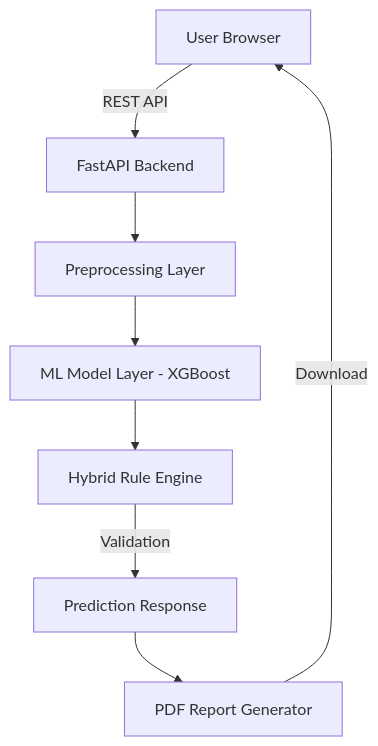
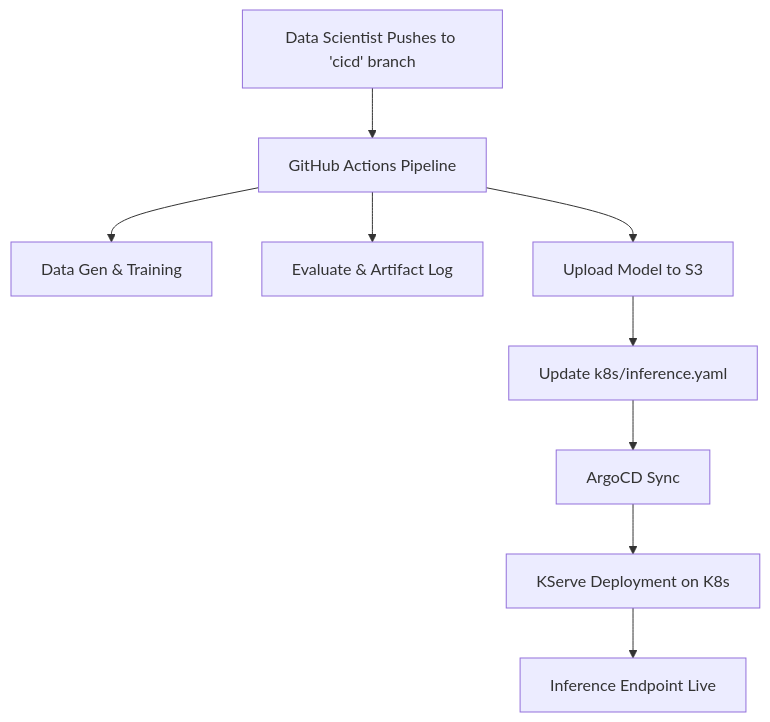
The diagram in README.md (bittush8789/credit-risk-ai-underwriting), drawn with Mermaid before and after one commit. The commit also changed other lines of this file and 9 other files, not shown here.

Commit message:
Initialize MLOps Infrastructure: KServe, ArgoCD, and GitHub Actions

````diff
--- a/README.md
+++ b/README.md
@@ -32,10 +8,11 @@
 ```mermaid
 graph TD
-    A[User Browser] -->|REST API| B[FastAPI Backend]
-    B --> C[Preprocessing Layer]
-    C --> D[ML Model Layer - XGBoost]
-    D --> E[Hybrid Rule Engine]
-    E -->|Validation| F[Prediction Response]
-    F --> G[PDF Report Generator]
-    G -->|Download| A
+    A[Data Scientist Pushes to 'cicd' branch] --> B[GitHub Actions Pipeline]
+    B --> C[Data Gen & Training]
+    B --> D[Evaluate & Artifact Log]
+    B --> E[Upload Model to S3]
+    E --> F[Update k8s/inference.yaml]
+    F --> G[ArgoCD Sync]
+    G --> H[KServe Deployment on K8s]
+    H --> I[Inference Endpoint Live]
 ```
````
